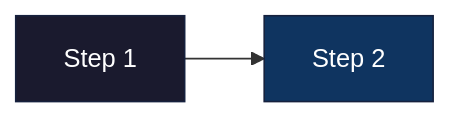
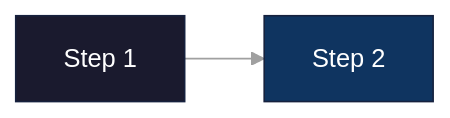
Before and after one commit to novotnyllc/ContainAI: the diagram in .flow/specs/fn-10-vep.md, drawn with Mermaid. The commit also changed other lines of this file and 45 other files, not shown here.

````diff
--- a/.flow/specs/fn-10-vep.md
+++ b/.flow/specs/fn-10-vep.md
@@ -118,7 +353,16 @@
 ```mermaid
-%% Good contrast example
+%%{init: {'theme': 'base', 'themeVariables': {
+  'primaryColor': '#1a1a2e',
+  'primaryTextColor': '#ffffff',
+  'primaryBorderColor': '#16213e',
+  'secondaryColor': '#0f3460',
+  'tertiaryColor': '#1a1a2e',
+  'lineColor': '#a0a0a0',
+  'textColor': '#ffffff',
+  'background': '#0d1117'
+}}}%%
 graph LR
     A[Step 1] --> B[Step 2]
     style A fill:#1a1a2e,stroke:#16213e,color:#fff
     style B fill:#0f3460,stroke:#16213e,color:#fff
 ```
````
